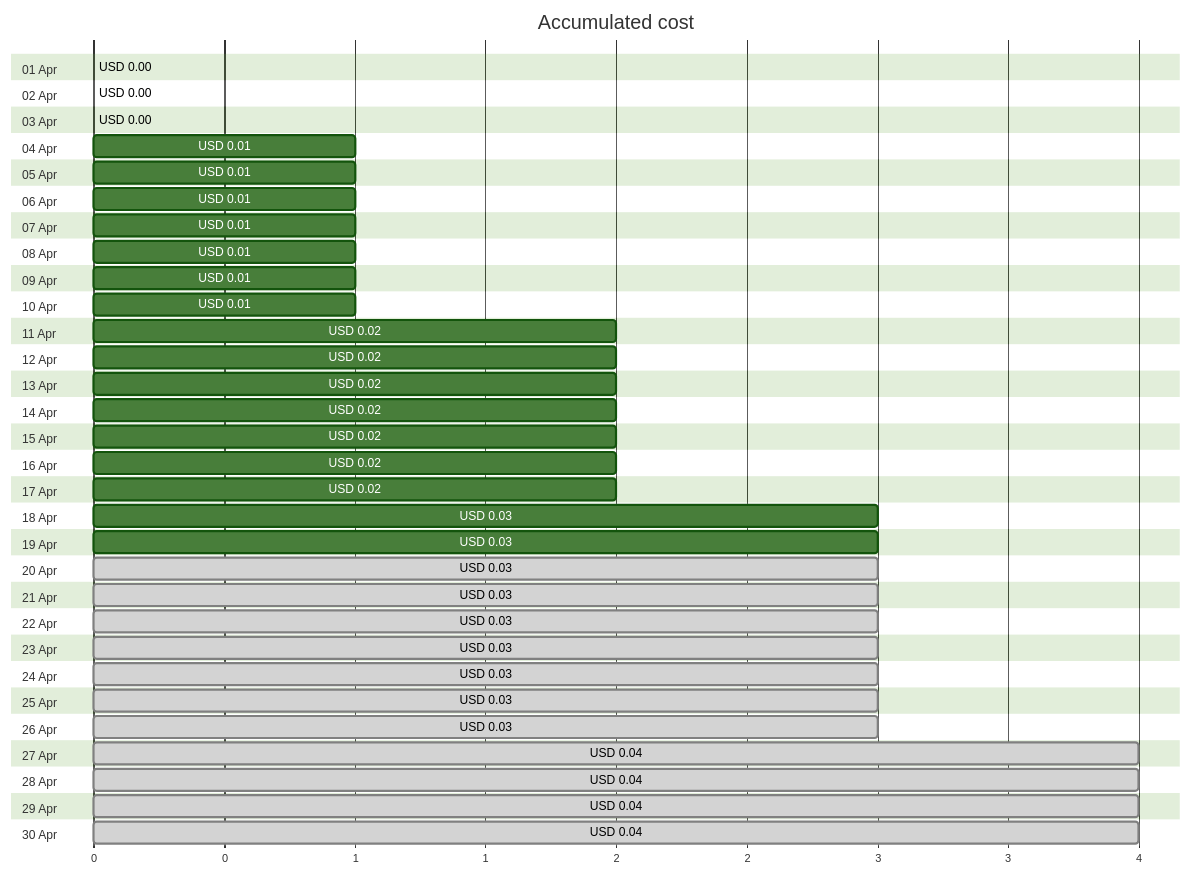
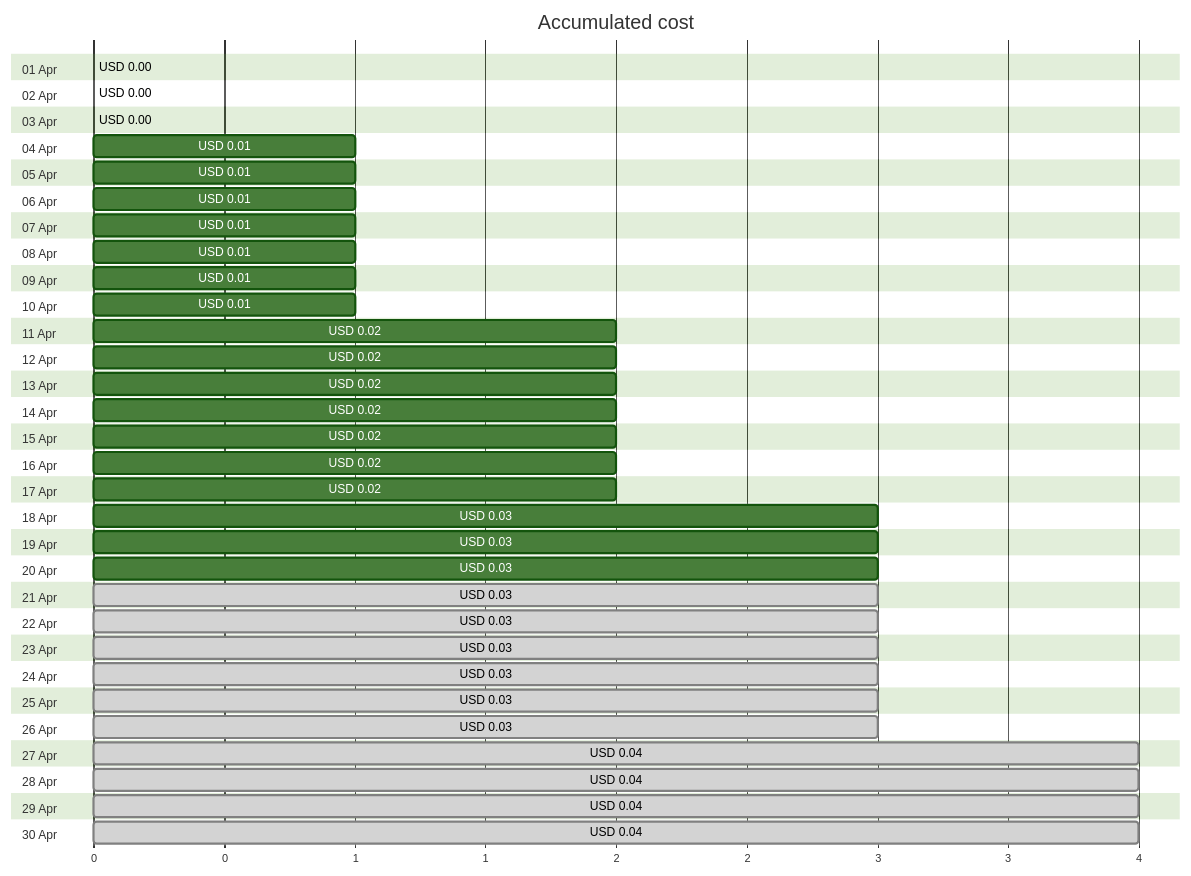
Before and after one commit to jpfulton/azure-personal-reports: the first of 4 diagrams in cost-reports/personal-site/personalsiteapistorage.md, drawn with Mermaid (forest theme). The commit also changed other lines of this file and 6 other files, not shown here.

````diff
--- a/cost-reports/personal-site/personalsiteapistorage.md
+++ b/cost-reports/personal-site/personalsiteapistorage.md
@@ -20,66 +20,66 @@
 ```mermaid
 gantt
    title Accumulated cost
    dateFormat  X
    axisFormat %s
    section 01 Apr
    USD 0.00 :0, 0
    section 02 Apr
    USD 0.00 :0, 0
    section 03 Apr
    USD 0.00 :0, 0
    section 04 Apr
    USD 0.01 :0, 1
    section 05 Apr
    USD 0.01 :0, 1
    section 06 Apr
    USD 0.01 :0, 1
    section 07 Apr
    USD 0.01 :0, 1
    section 08 Apr
    USD 0.01 :0, 1
    section 09 Apr
    USD 0.01 :0, 1
    section 10 Apr
    USD 0.01 :0, 1
    section 11 Apr
    USD 0.02 :0, 2
    section 12 Apr
    USD 0.02 :0, 2
    section 13 Apr
    USD 0.02 :0, 2
    section 14 Apr
    USD 0.02 :0, 2
    section 15 Apr
    USD 0.02 :0, 2
    section 16 Apr
    USD 0.02 :0, 2
    section 17 Apr
    USD 0.02 :0, 2
    section 18 Apr
    USD 0.03 :0, 3
    section 19 Apr
    USD 0.03 :0, 3
    section 20 Apr
-   USD 0.03 : done, 0, 3
+   USD 0.03 :0, 3
    section 21 Apr
    USD 0.03 : done, 0, 3
    section 22 Apr
    USD 0.03 : done, 0, 3
    section 23 Apr
    USD 0.03 : done, 0, 3
    section 24 Apr
    USD 0.03 : done, 0, 3
    section 25 Apr
    USD 0.03 : done, 0, 3
    section 26 Apr
    USD 0.03 : done, 0, 3
    section 27 Apr
    USD 0.04 : done, 0, 4
    section 28 Apr
    USD 0.04 : done, 0, 4
    section 29 Apr
    USD 0.04 : done, 0, 4
    section 30 Apr
    USD 0.04 : done, 0, 4
 ```
````
